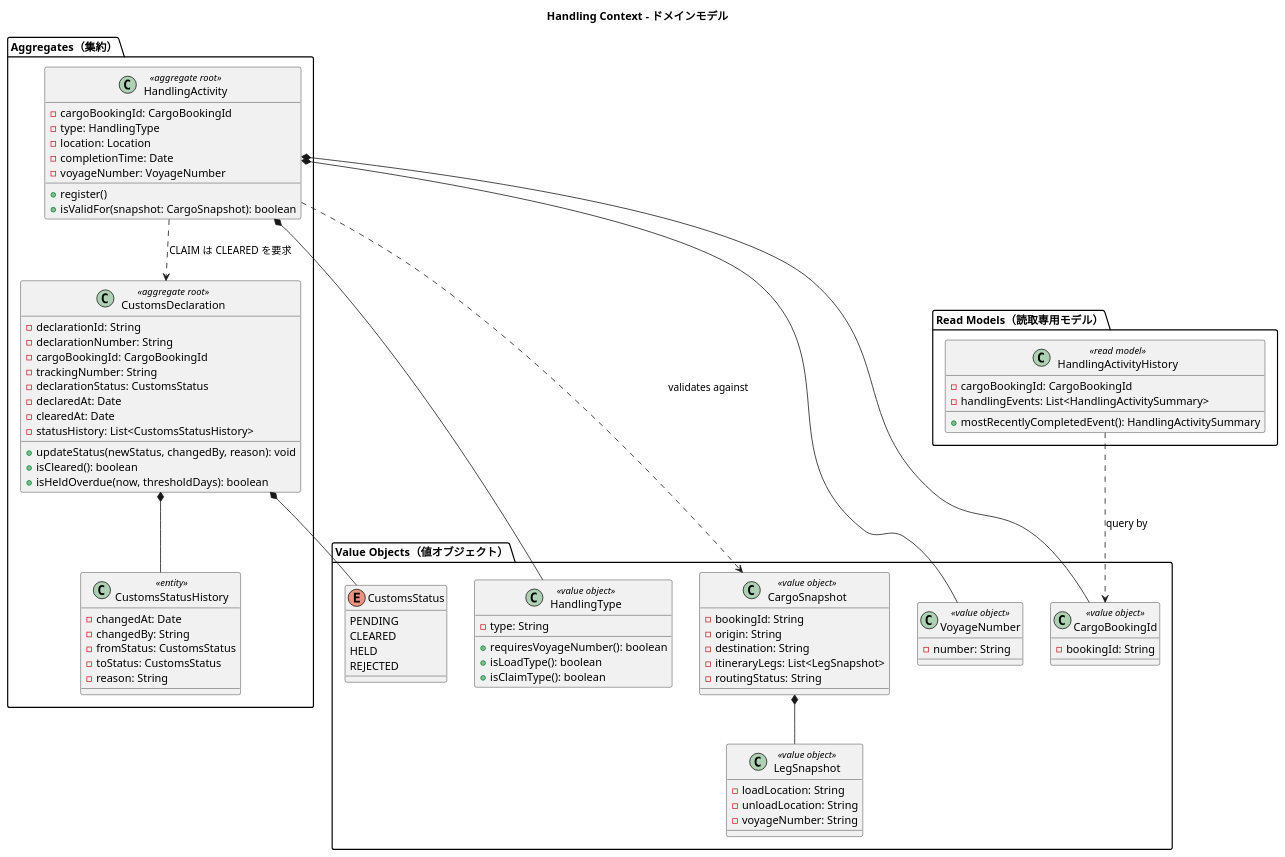
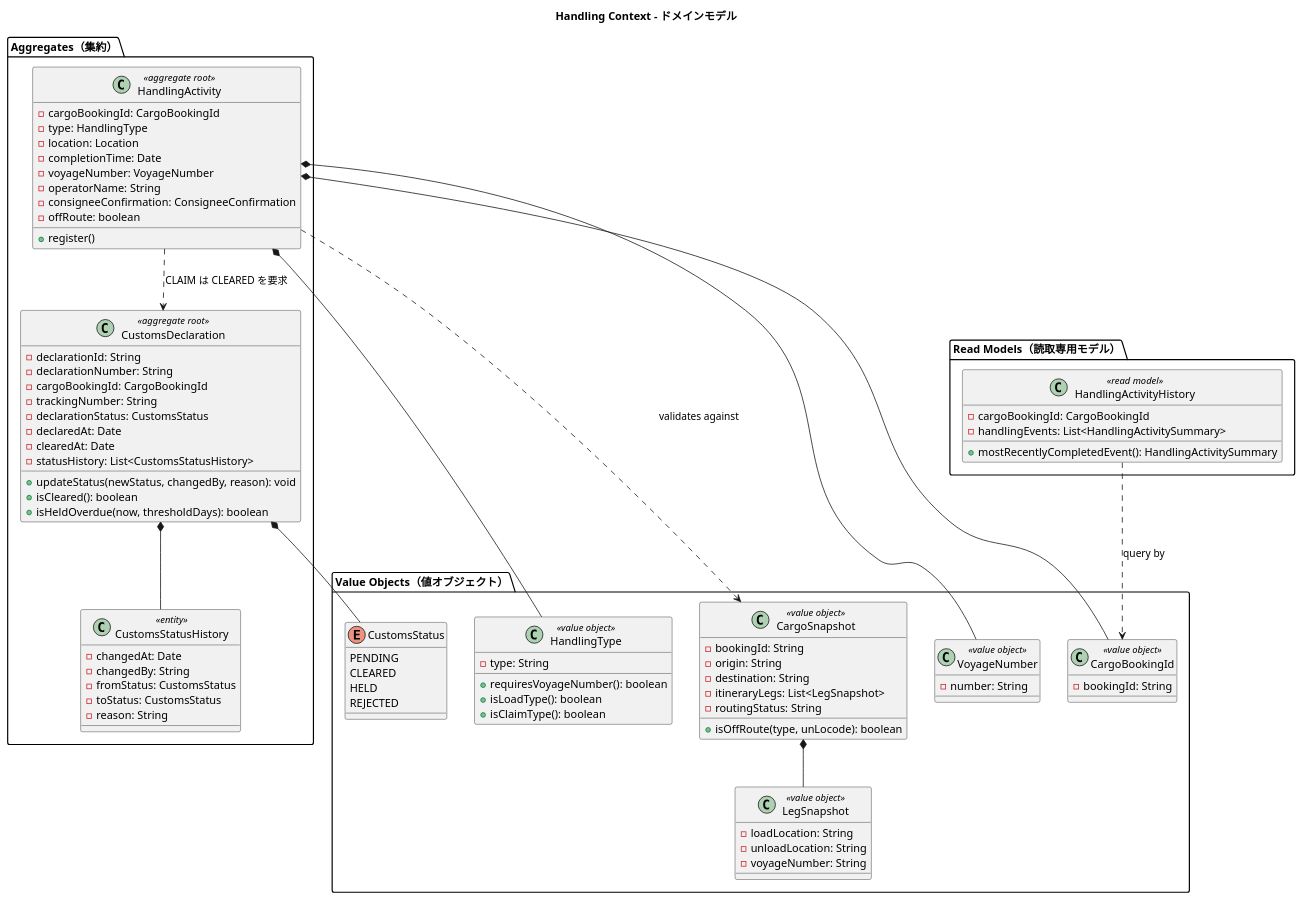
One commit to k2works/case-study-cargo-tracker changed the seventh of 10 diagrams in docs/design/domain-model.md. Above: the diagram before and after it, drawn with PlantUML. The commit also changed other lines of this file and 3 other files, not shown here.

```diff
--- a/docs/design/domain-model.md
+++ b/docs/design/domain-model.md
@@ -1006,8 +1030,10 @@
     -location: Location
     -completionTime: Date
     -voyageNumber: VoyageNumber
+    -operatorName: String
+    -consigneeConfirmation: ConsigneeConfirmation
+    -offRoute: boolean
     +register()
-    +isValidFor(snapshot: CargoSnapshot): boolean
   }
   class CustomsDeclaration <<aggregate root>> {
     -declarationId: String
@@ -1047,6 +1073,7 @@
     -destination: String
     -itineraryLegs: List<LegSnapshot>
     -routingStatus: String
+    +isOffRoute(type, unLocode): boolean
   }
   class LegSnapshot <<value object>> {
     -loadLocation: String
```
